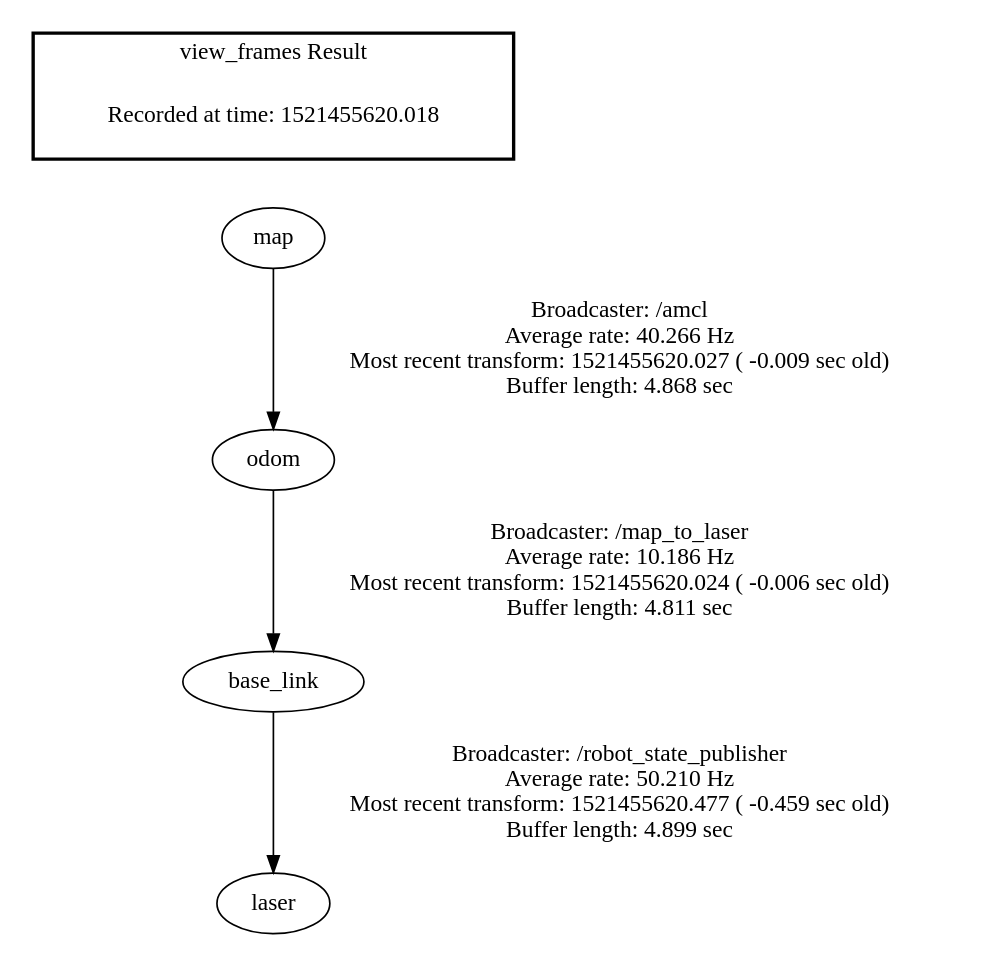
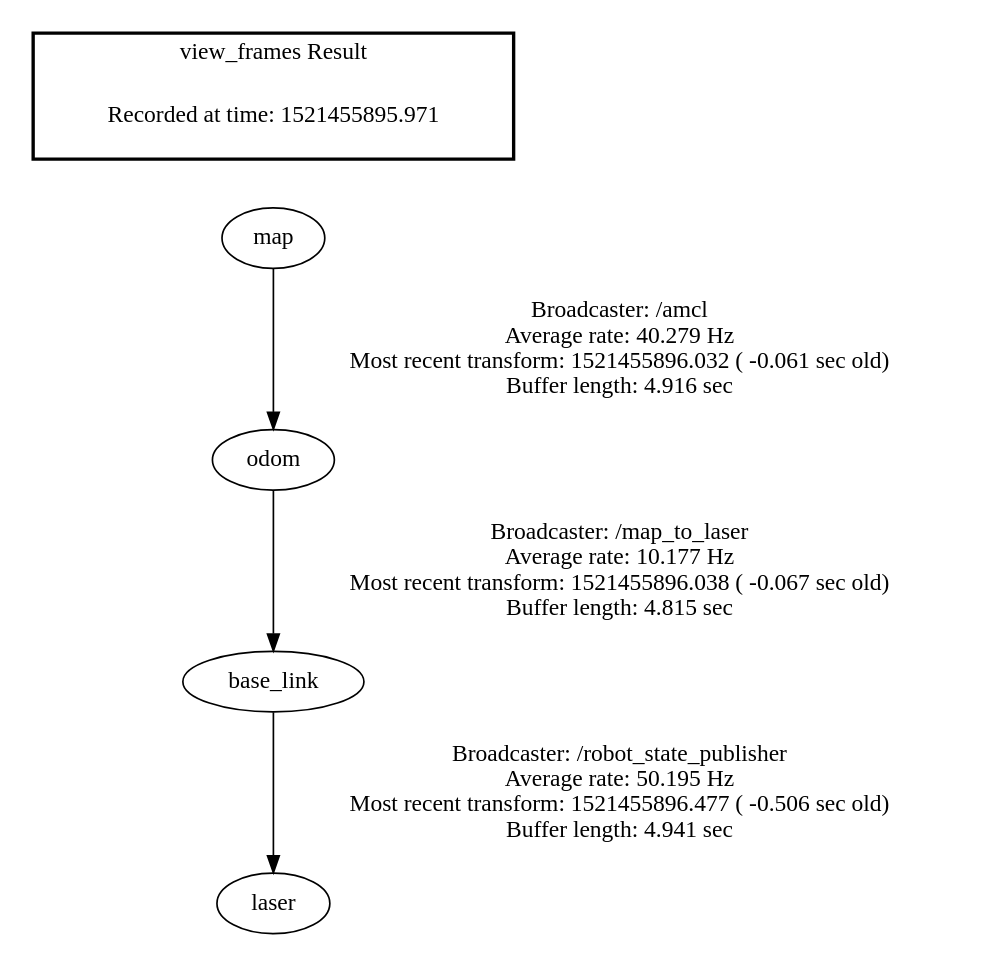
The diagram in src/taobot_link/launch/frames.gv (lingfei93/agv), drawn with Graphviz before and after one commit. The commit also changed 2 other files, not shown here.

```diff
--- a/src/taobot_link/launch/frames.gv
+++ b/src/taobot_link/launch/frames.gv
@@ -1,9 +1,9 @@
 digraph G {
-"base_link" -> "laser"[label="Broadcaster: /robot_state_publisher\nAverage rate: 50.210 Hz\nMost recent transform: 1521455620.477 ( -0.459 sec old)\nBuffer length: 4.899 sec\n"];
-"odom" -> "base_link"[label="Broadcaster: /map_to_laser\nAverage rate: 10.186 Hz\nMost recent transform: 1521455620.024 ( -0.006 sec old)\nBuffer length: 4.811 sec\n"];
-"map" -> "odom"[label="Broadcaster: /amcl\nAverage rate: 40.266 Hz\nMost recent transform: 1521455620.027 ( -0.009 sec old)\nBuffer length: 4.868 sec\n"];
+"base_link" -> "laser"[label="Broadcaster: /robot_state_publisher\nAverage rate: 50.195 Hz\nMost recent transform: 1521455896.477 ( -0.506 sec old)\nBuffer length: 4.941 sec\n"];
+"odom" -> "base_link"[label="Broadcaster: /map_to_laser\nAverage rate: 10.177 Hz\nMost recent transform: 1521455896.038 ( -0.067 sec old)\nBuffer length: 4.815 sec\n"];
+"map" -> "odom"[label="Broadcaster: /amcl\nAverage rate: 40.279 Hz\nMost recent transform: 1521455896.032 ( -0.061 sec old)\nBuffer length: 4.916 sec\n"];
 edge [style=invis];
  subgraph cluster_legend { style=bold; color=black; label ="view_frames Result";
-"Recorded at time: 1521455620.018"[ shape=plaintext ] ;
+"Recorded at time: 1521455895.971"[ shape=plaintext ] ;
  }->"map";
 }
```
